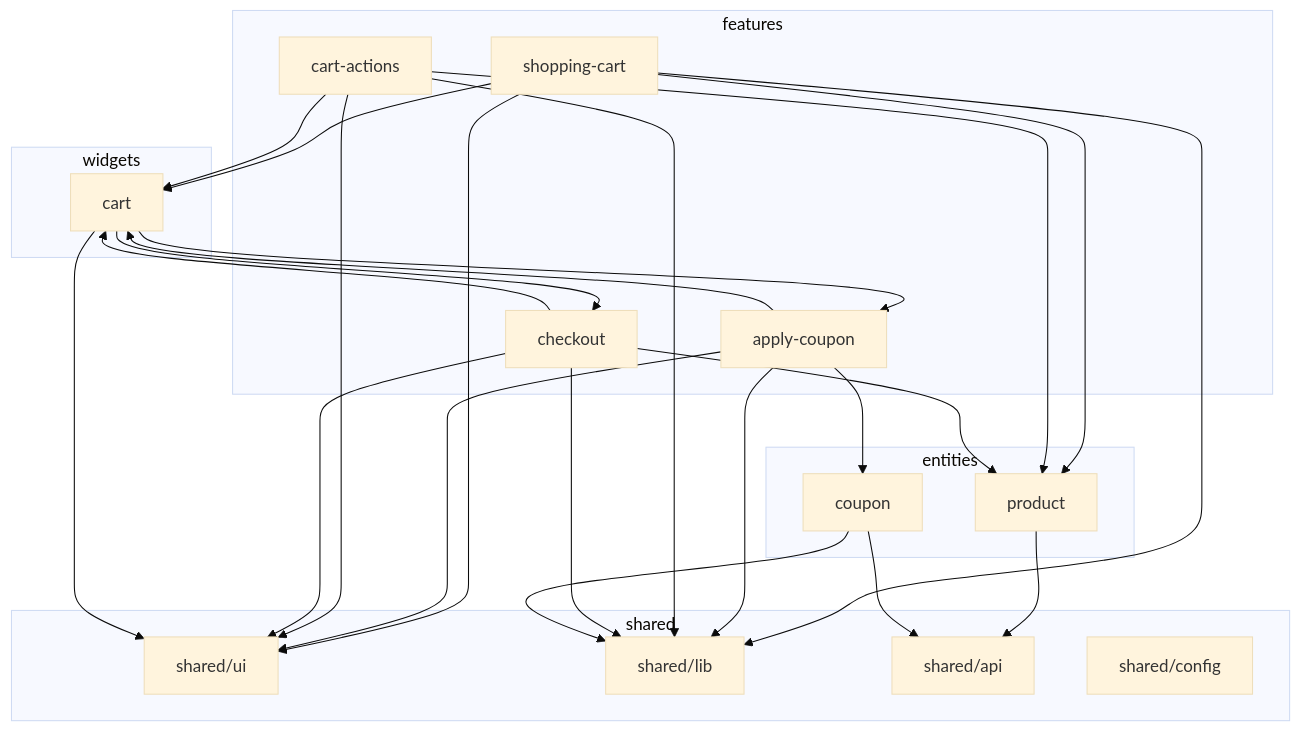
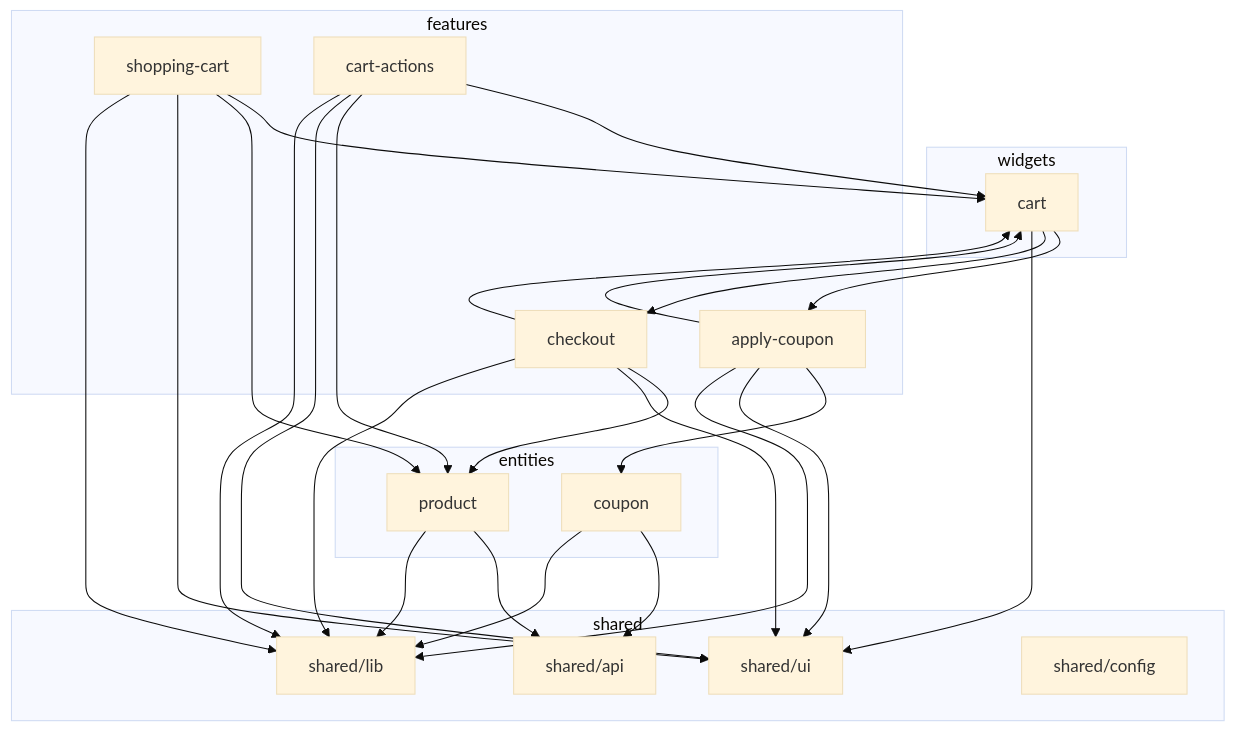
Before and after one commit to PavelPetrovich87/fsd-shopping-cart: the second of 2 diagrams in ARCHITECTURE.md, drawn with Mermaid (base theme).

Commit message:
docs(architecture): document product -> shared/lib dependency

````diff
--- a/ARCHITECTURE.md
+++ b/ARCHITECTURE.md
@@ -65,49 +65,50 @@
 ```mermaid
 graph TD
     subgraph widgets
         cart
     end
 
     subgraph features
         shopping-cart
         apply-coupon
         cart-actions
         checkout
     end
 
     subgraph entities
         product
         cart
         coupon
     end
 
     subgraph shared
         shared/ui
         shared/lib
         shared/api
         shared/config
     end
 
     shopping-cart --> cart
     shopping-cart --> product
     shopping-cart --> shared/ui
     shopping-cart --> shared/lib
     apply-coupon --> cart
     apply-coupon --> coupon
     apply-coupon --> shared/ui
     apply-coupon --> shared/lib
     cart-actions --> cart
     cart-actions --> product
     cart-actions --> shared/ui
     cart-actions --> shared/lib
     checkout --> cart
     checkout --> product
     checkout --> shared/ui
     checkout --> shared/lib
     product --> shared/api
+    product --> shared/lib
     coupon --> shared/api
     coupon --> shared/lib
     cart --> apply-coupon
     cart --> checkout
     cart --> shared/ui
 ```
````
